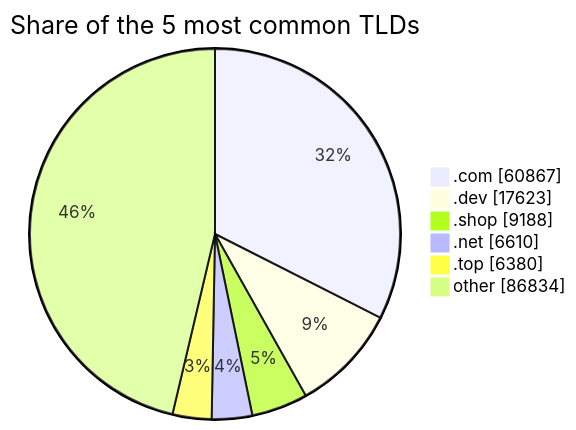
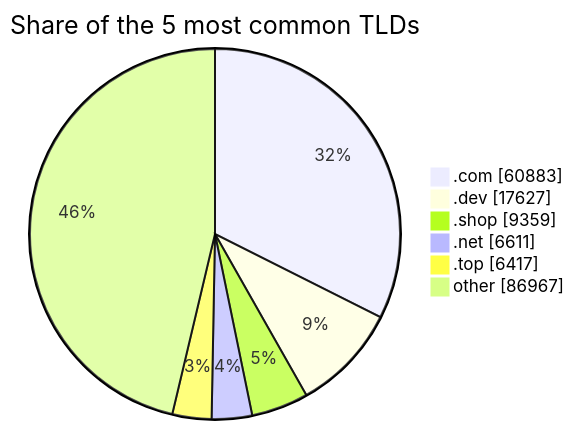
Before and after one commit to DNSBunker/CTI: the third of 3 diagrams in README.md, drawn with Mermaid. The commit also changed other lines of this file and 3 other files, not shown here.

````diff
--- a/README.md
+++ b/README.md
@@ -81,9 +81,9 @@
 ```mermaid
 pie showData title Share of the 5 most common TLDs
-    ".com" : 60867
-    ".dev" : 17623
-    ".shop" : 9188
-    ".net" : 6610
-    ".top" : 6380
-    "other" : 86834
+    ".com" : 60883
+    ".dev" : 17627
+    ".shop" : 9359
+    ".net" : 6611
+    ".top" : 6417
+    "other" : 86967
 ```
````
